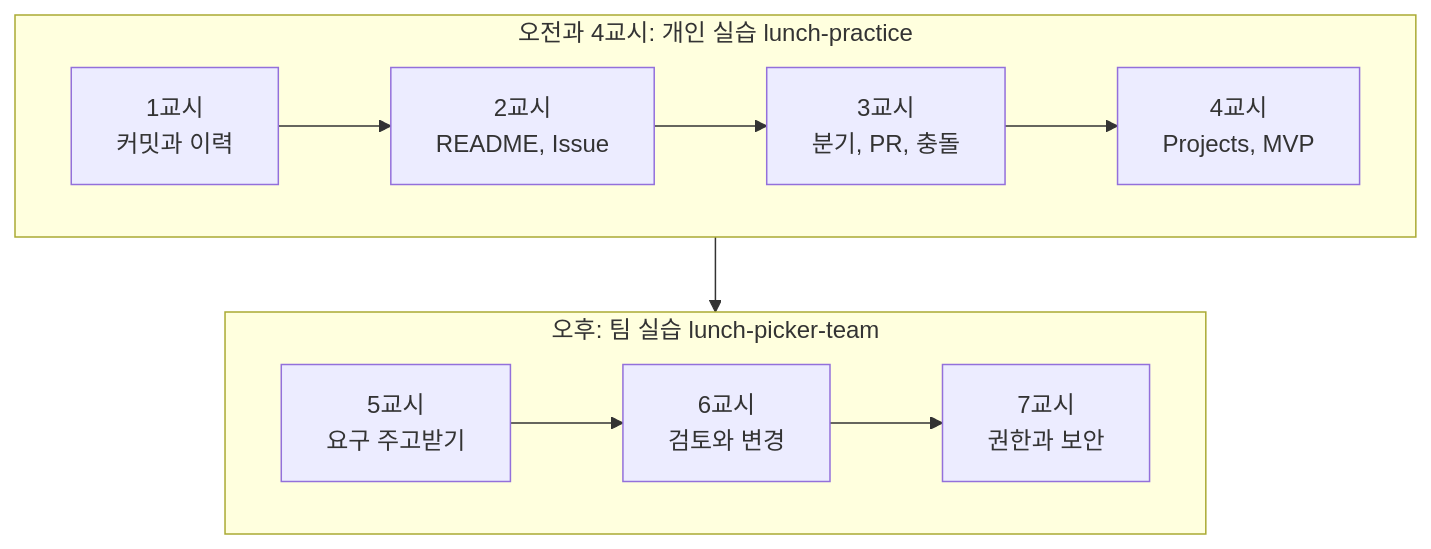
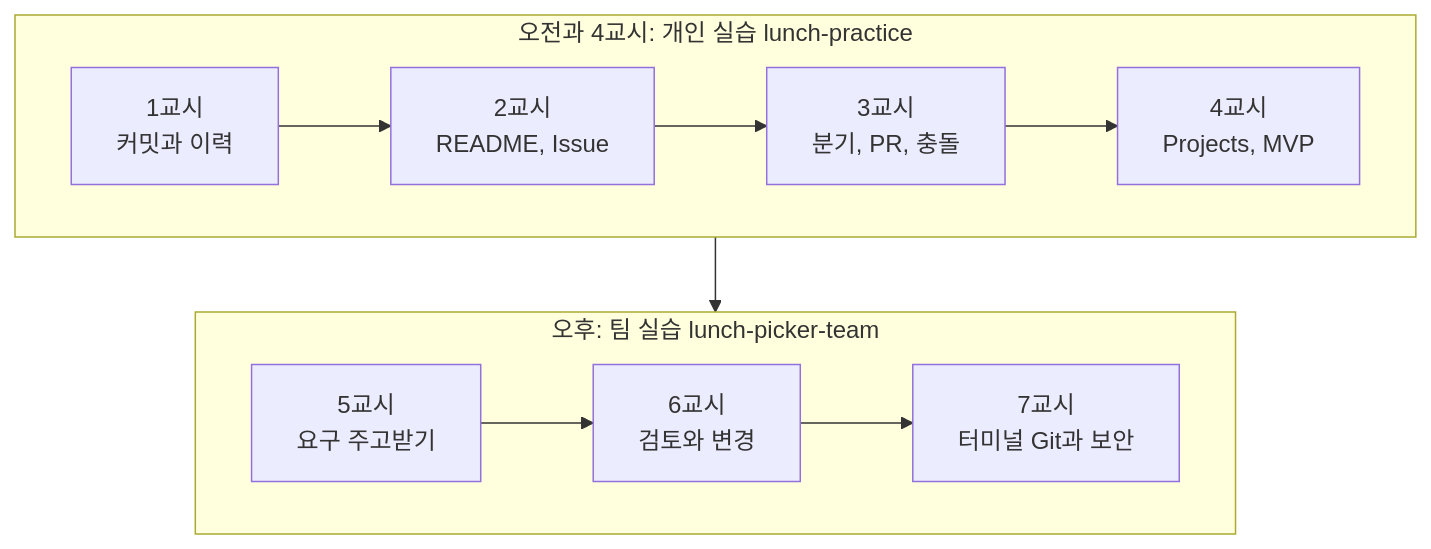
One commit to hyongsu/github-900-lab changed the diagram in docs/class7/wrap-up.md. Above: the diagram before and after it, drawn with Mermaid. The commit also changed other lines of this file and 18 other files, not shown here.

````diff
--- a/docs/class7/wrap-up.md
+++ b/docs/class7/wrap-up.md
@@ -14,12 +14,12 @@
 ```mermaid
 flowchart TB
     subgraph AM["오전과 4교시: 개인 실습 lunch-practice"]
         direction LR
         C1["1교시<br/>커밋과 이력"] --> C2["2교시<br/>README, Issue"] --> C3["3교시<br/>분기, PR, 충돌"] --> C4["4교시<br/>Projects, MVP"]
     end
     subgraph PM["오후: 팀 실습 lunch-picker-team"]
         direction LR
-        C5["5교시<br/>요구 주고받기"] --> C6["6교시<br/>검토와 변경"] --> C7["7교시<br/>권한과 보안"]
+        C5["5교시<br/>요구 주고받기"] --> C6["6교시<br/>검토와 변경"] --> C7["7교시<br/>터미널 Git과 보안"]
     end
     AM --> PM
 ```
````
